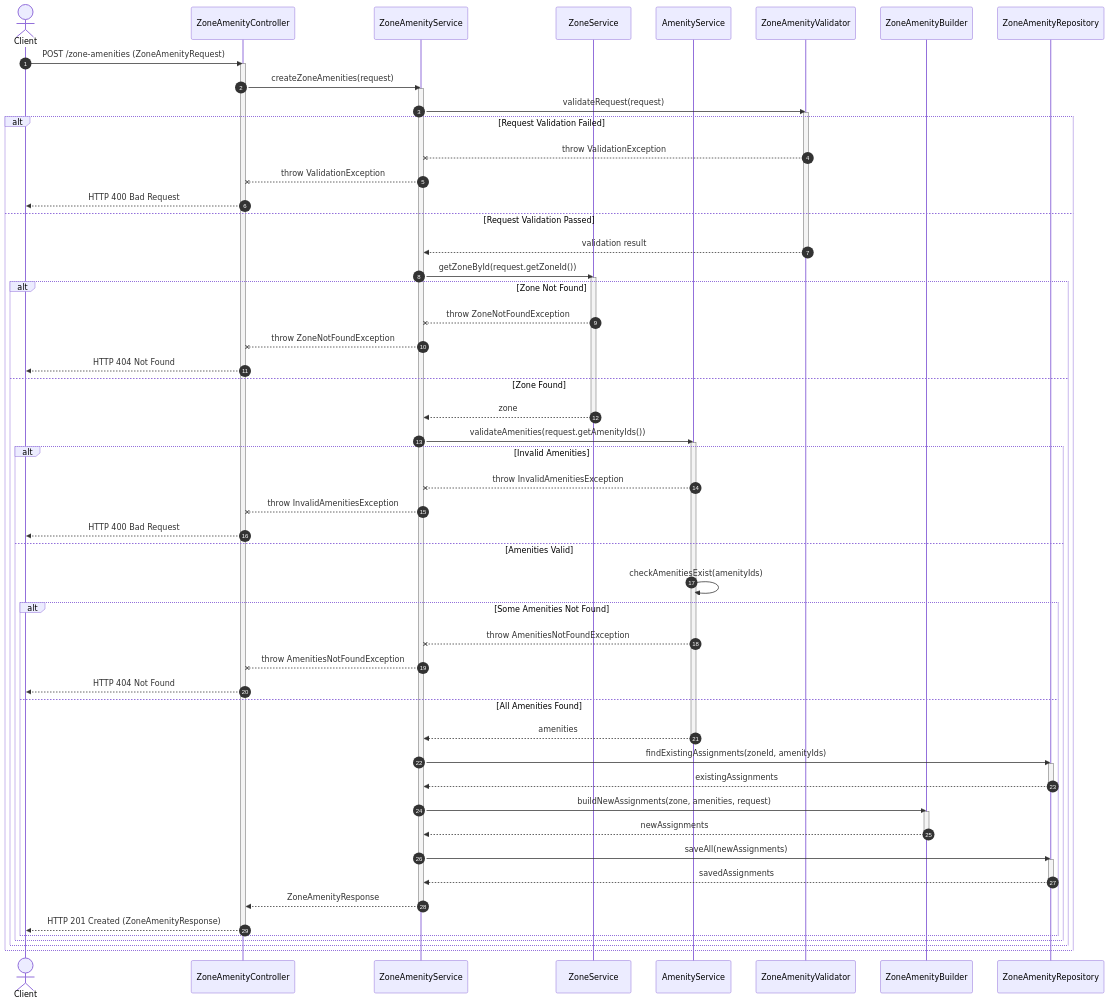
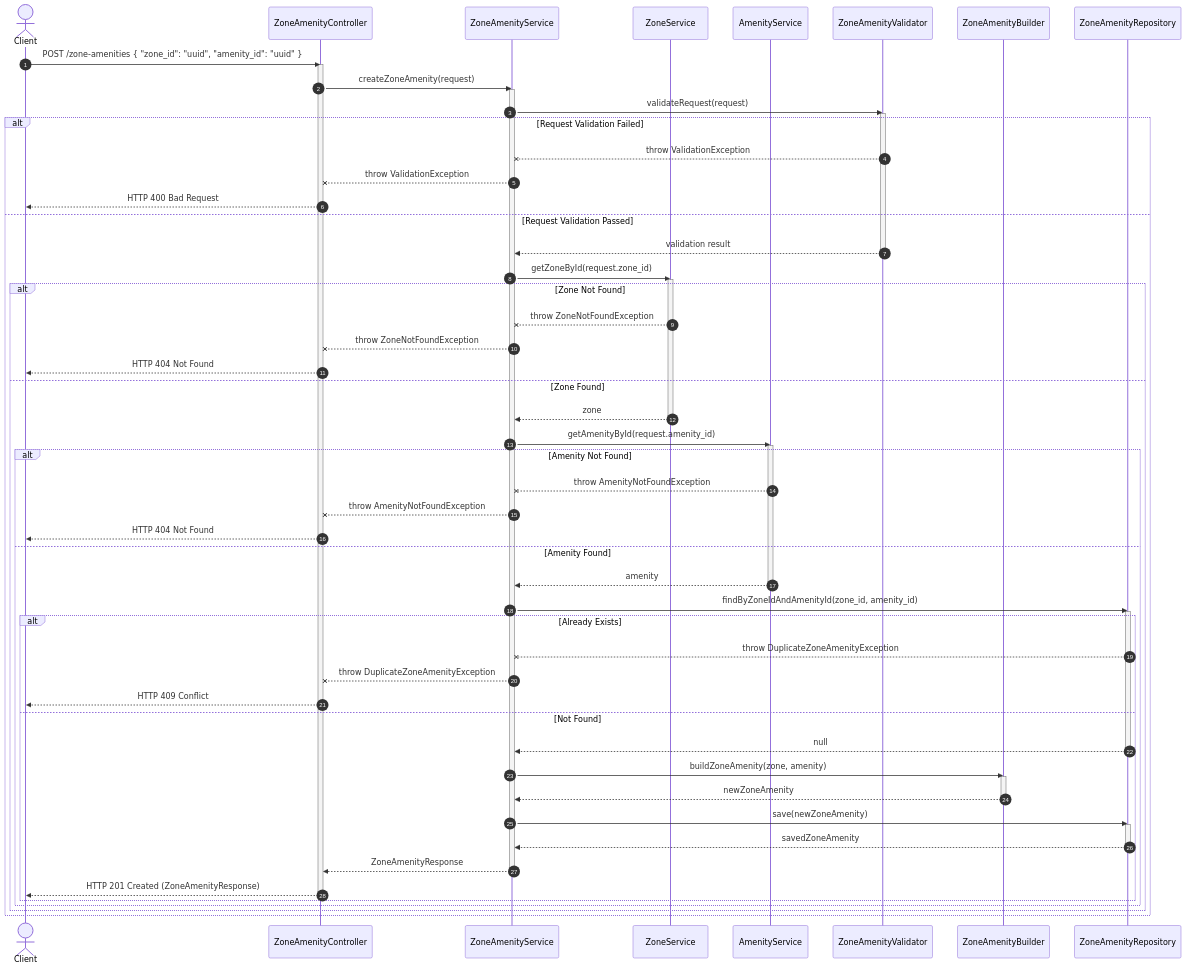
Before and after one commit to mhmd-zbib/event-management-system: the diagram in venue-service/docs/sequence/zone-amenity-creation-sequence.mmd, drawn with Mermaid.

Commit message:
docs: create zone amenity creation sequence

```diff
--- a/venue-service/docs/sequence/zone-amenity-creation-sequence.mmd
+++ b/venue-service/docs/sequence/zone-amenity-creation-sequence.mmd
@@ -1,67 +1,75 @@
 sequenceDiagram
     autonumber
     actor C as Client
     participant ZAC as ZoneAmenityController
     participant ZAS as ZoneAmenityService
     participant ZS as ZoneService
     participant AS as AmenityService
     participant ZAV as ZoneAmenityValidator
     participant ZAB as ZoneAmenityBuilder
     participant ZAR as ZoneAmenityRepository
-    C ->> ZAC: POST /zone-amenities (ZoneAmenityRequest)
+
+    C ->> ZAC: POST /zone-amenities { "zone_id": "uuid", "amenity_id": "uuid" }
     activate ZAC
-    ZAC ->> ZAS: createZoneAmenities(request)
+
+    ZAC ->> ZAS: createZoneAmenity(request)
     activate ZAS
+
     ZAS ->> ZAV: validateRequest(request)
     activate ZAV
     alt Request Validation Failed
         ZAV --x ZAS: throw ValidationException
         ZAS --x ZAC: throw ValidationException
         ZAC -->> C: HTTP 400 Bad Request
     else Request Validation Passed
         ZAV -->> ZAS: validation result
         deactivate ZAV
-        ZAS ->> ZS: getZoneById(request.getZoneId())
+
+        ZAS ->> ZS: getZoneById(request.zone_id)
         activate ZS
         alt Zone Not Found
             ZS --x ZAS: throw ZoneNotFoundException
             ZAS --x ZAC: throw ZoneNotFoundException
             ZAC -->> C: HTTP 404 Not Found
         else Zone Found
             ZS -->> ZAS: zone
             deactivate ZS
-            ZAS ->> AS: validateAmenities(request.getAmenityIds())
+
+            ZAS ->> AS: getAmenityById(request.amenity_id)
             activate AS
-            alt Invalid Amenities
-                AS --x ZAS: throw InvalidAmenitiesException
-                ZAS --x ZAC: throw InvalidAmenitiesException
-                ZAC -->> C: HTTP 400 Bad Request
-            else Amenities Valid
-                AS ->> AS: checkAmenitiesExist(amenityIds)
-                alt Some Amenities Not Found
-                    AS --x ZAS: throw AmenitiesNotFoundException
-                    ZAS --x ZAC: throw AmenitiesNotFoundException
-                    ZAC -->> C: HTTP 404 Not Found
-                else All Amenities Found
-                    AS -->> ZAS: amenities
-                    deactivate AS
-                    ZAS ->> ZAR: findExistingAssignments(zoneId, amenityIds)
+            alt Amenity Not Found
+                AS --x ZAS: throw AmenityNotFoundException
+                ZAS --x ZAC: throw AmenityNotFoundException
+                ZAC -->> C: HTTP 404 Not Found
+            else Amenity Found
+                AS -->> ZAS: amenity
+                deactivate AS
+
+                ZAS ->> ZAR: findByZoneIdAndAmenityId(zone_id, amenity_id)
+                activate ZAR
+                alt Already Exists
+                    ZAR --x ZAS: throw DuplicateZoneAmenityException
+                    ZAS --x ZAC: throw DuplicateZoneAmenityException
+                    ZAC -->> C: HTTP 409 Conflict
+                else Not Found
+                    ZAR -->> ZAS: null
+                    deactivate ZAR
+
+                    ZAS ->> ZAB: buildZoneAmenity(zone, amenity)
+                    activate ZAB
+                    ZAB -->> ZAS: newZoneAmenity
+                    deactivate ZAB
+
+                    ZAS ->> ZAR: save(newZoneAmenity)
                     activate ZAR
-                    ZAR -->> ZAS: existingAssignments
+                    ZAR -->> ZAS: savedZoneAmenity
                     deactivate ZAR
-                    ZAS ->> ZAB: buildNewAssignments(zone, amenities, request)
-                    activate ZAB
-                    ZAB -->> ZAS: newAssignments
-                    deactivate ZAB
-                    ZAS ->> ZAR: saveAll(newAssignments)
-                    activate ZAR
-                    ZAR -->> ZAS: savedAssignments
-                    deactivate ZAR
+
                     ZAS -->> ZAC: ZoneAmenityResponse
                     deactivate ZAS
                     ZAC -->> C: HTTP 201 Created (ZoneAmenityResponse)
                     deactivate ZAC
                 end
             end
         end
     end
```
